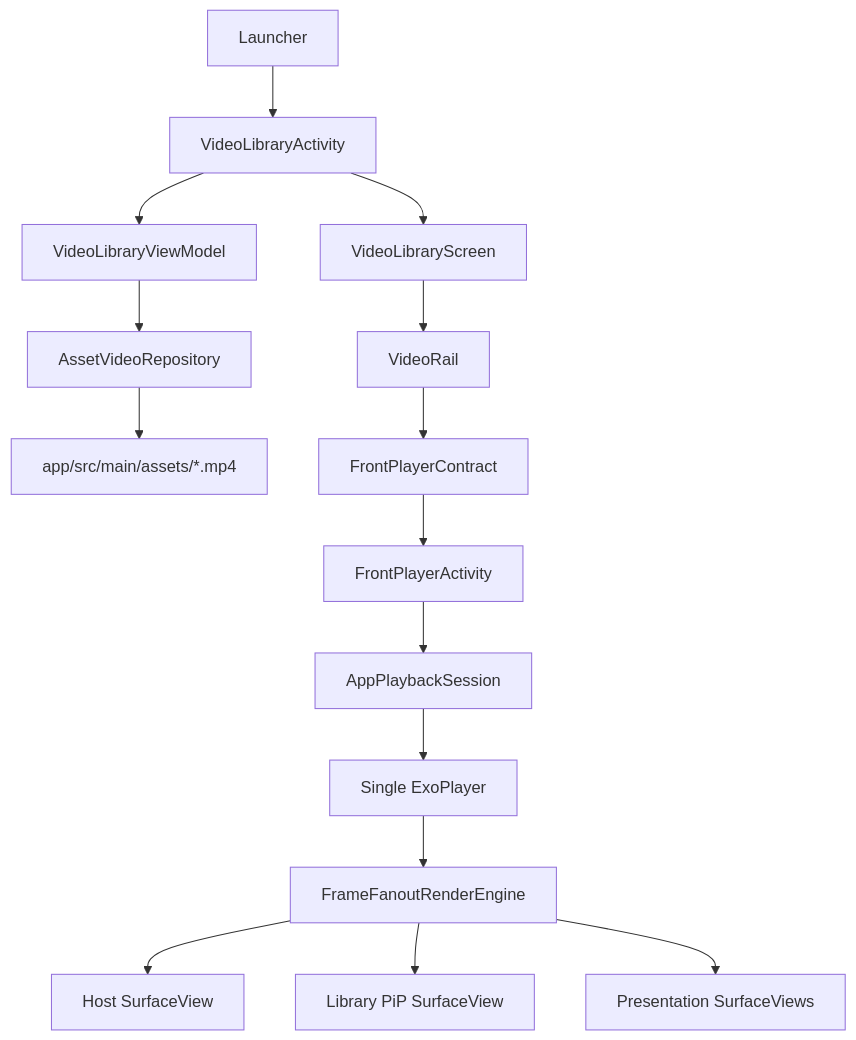
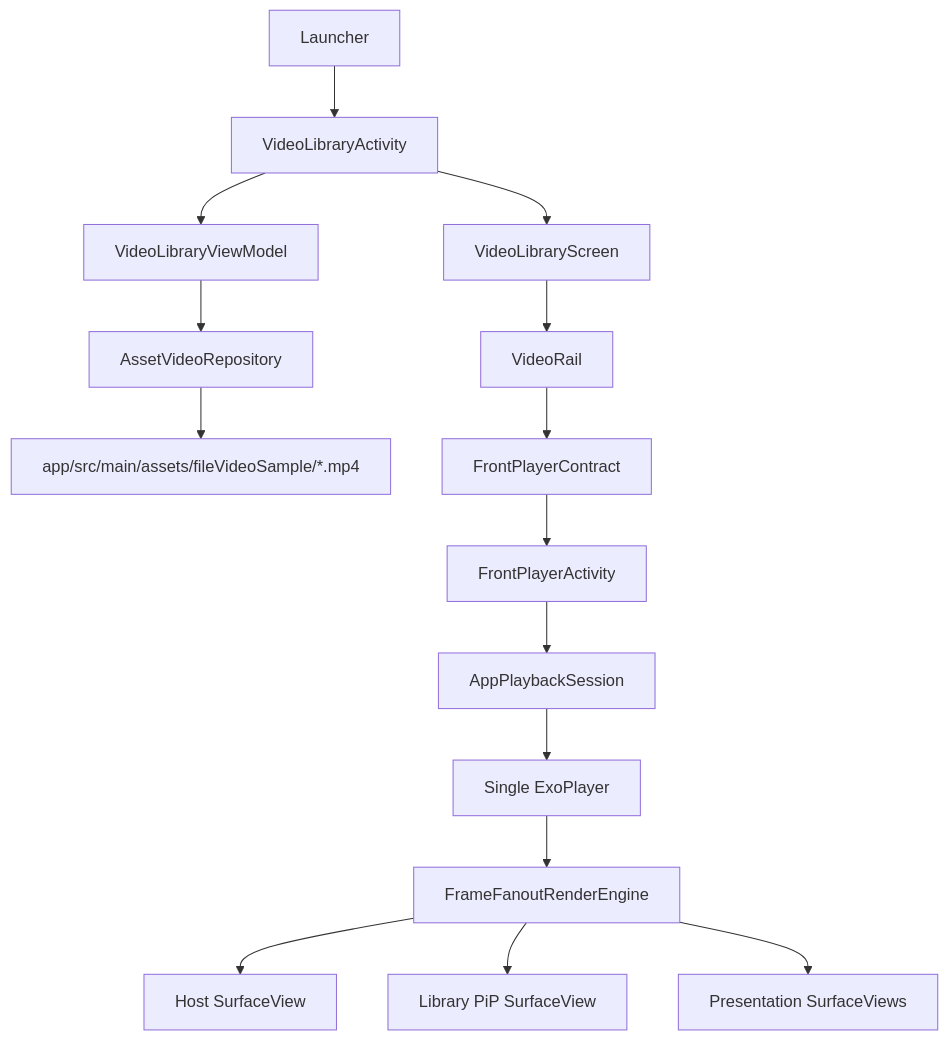
One commit to hieuld311/cowatch changed the first of 2 diagrams in COWATCH_ARCHITECTURE_REPORT.md. Above: the diagram before and after it, drawn with Mermaid. The commit also changed other lines of this file and 17 other files, not shown here.

Commit message:
Refine CoWatch playback and library architecture

````diff
--- a/COWATCH_ARCHITECTURE_REPORT.md
+++ b/COWATCH_ARCHITECTURE_REPORT.md
@@ -28,17 +28,17 @@
 ```mermaid
 flowchart TD
   Launch["Launcher"] --> LibraryActivity["VideoLibraryActivity"]
   LibraryActivity --> LibraryVM["VideoLibraryViewModel"]
   LibraryVM --> AssetRepo["AssetVideoRepository"]
-  AssetRepo --> Assets["app/src/main/assets/*.mp4"]
+  AssetRepo --> Assets["app/src/main/assets/fileVideoSample/*.mp4"]
   LibraryActivity --> LibraryScreen["VideoLibraryScreen"]
   LibraryScreen --> Rail["VideoRail"]
   Rail --> Contract["FrontPlayerContract"]
   Contract --> PlayerActivity["FrontPlayerActivity"]
   PlayerActivity --> Session["AppPlaybackSession"]
   Session --> Player["Single ExoPlayer"]
   Player --> Render["FrameFanoutRenderEngine"]
   Render --> Host["Host SurfaceView"]
   Render --> Pip["Library PiP SurfaceView"]
   Render --> Shared["Presentation SurfaceViews"]
 ```
````
